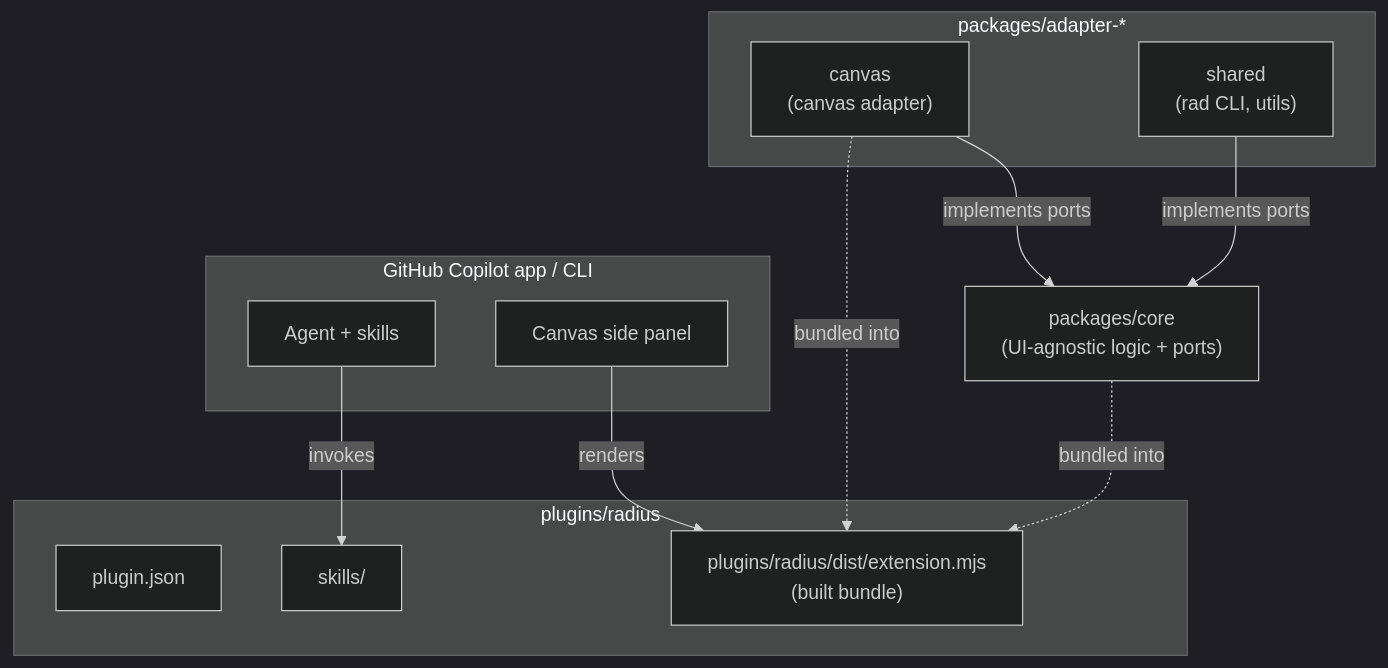
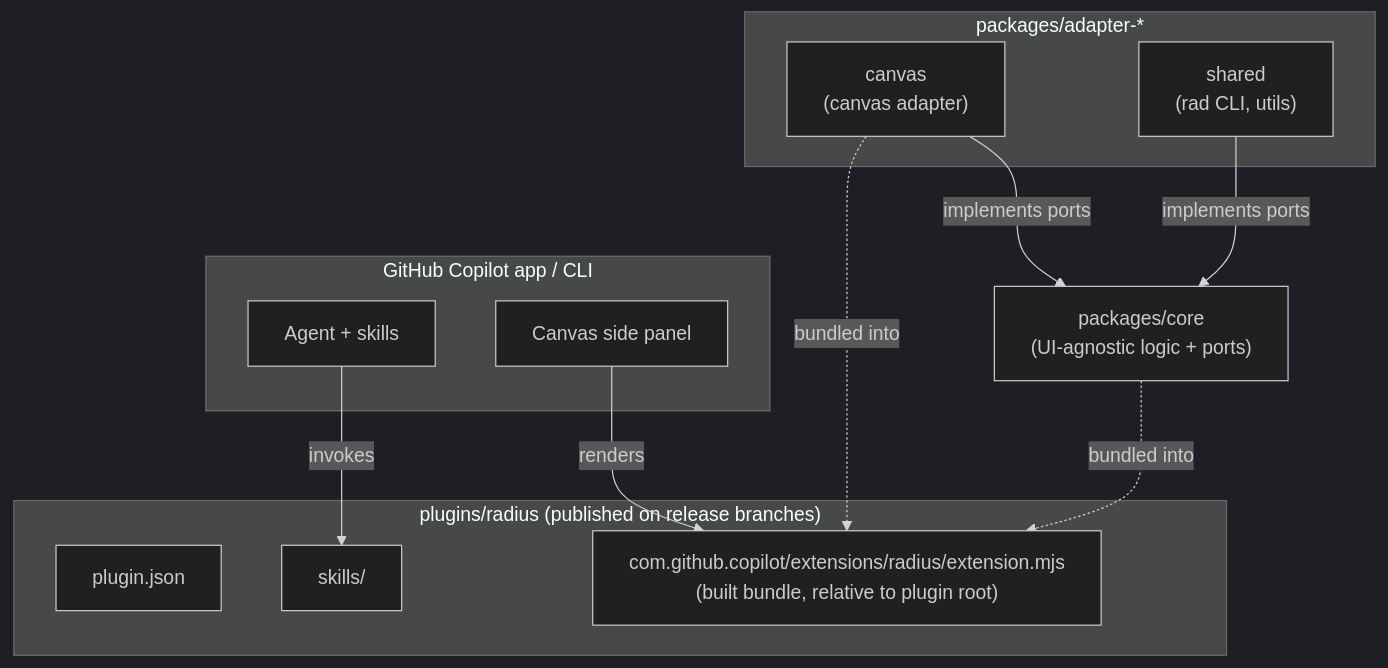
The first of 5 diagrams in .github/skills/radius-architecture-documenter/references/mermaid-patterns.md (radius-project/ai-extensions), drawn with Mermaid (dark theme) before and after one commit. The commit also changed other lines of this file and 3 other files, not shown here.

First line of the commit message:
docs: align active packaging guidance and diagram templates

````diff
--- a/.github/skills/radius-architecture-documenter/references/mermaid-patterns.md
+++ b/.github/skills/radius-architecture-documenter/references/mermaid-patterns.md
@@ -7,27 +7,27 @@
 ```mermaid
 graph TD
     subgraph Copilot["GitHub Copilot app / CLI"]
         Agent["Agent + skills"]
         Panel["Canvas side panel"]
     end
 
-    subgraph Plugin["plugins/radius"]
+    subgraph Plugin["plugins/radius (published on release branches)"]
         Manifest["plugin.json"]
         Skills["skills/"]
-        Ext["plugins/radius/dist/extension.mjs<br/>(built bundle)"]
+        Ext["com.github.copilot/extensions/radius/extension.mjs<br/>(built bundle, relative to plugin root)"]
     end
 
     subgraph Adapters["packages/adapter-*"]
         Canvas["canvas<br/>(canvas adapter)"]
         Shared["shared<br/>(rad CLI, utils)"]
     end
 
     Core["packages/core<br/>(UI-agnostic logic + ports)"]
 
     Agent -->|invokes| Skills
     Panel -->|renders| Ext
     Canvas -->|implements ports| Core
     Shared -->|implements ports| Core
     Canvas -.->|bundled into| Ext
     Core -.->|bundled into| Ext
 ```
````
